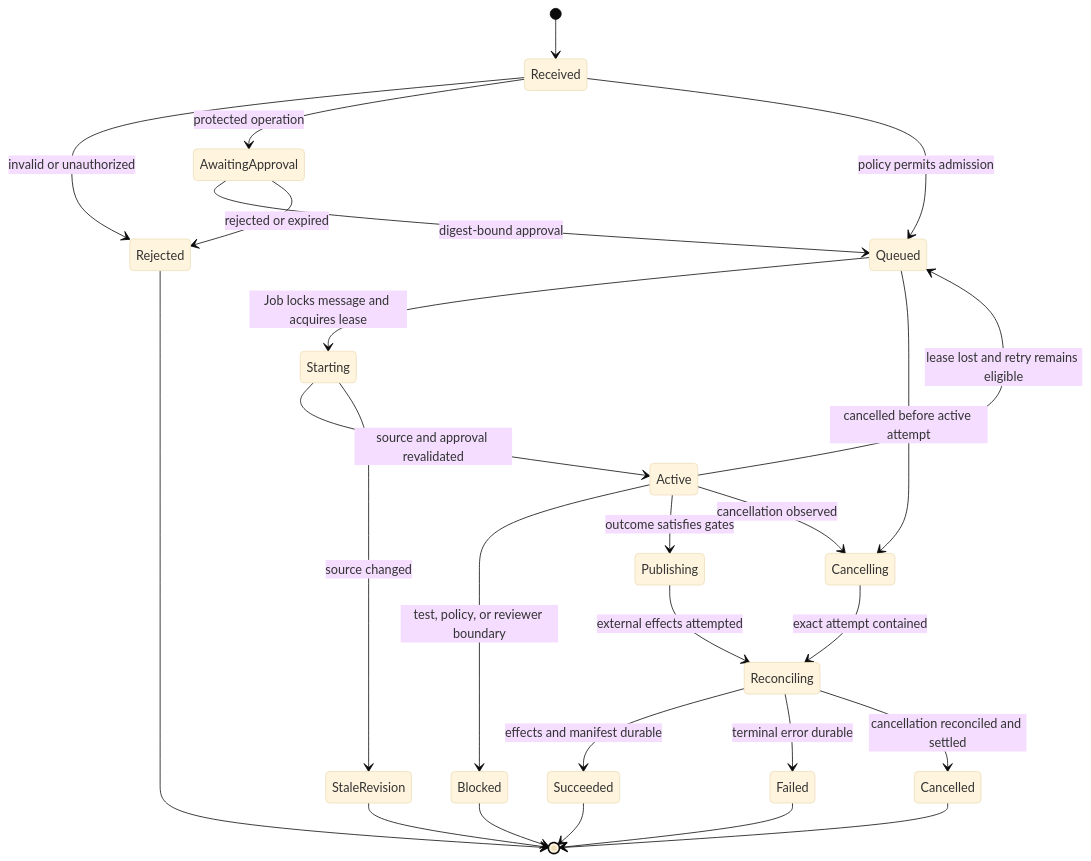
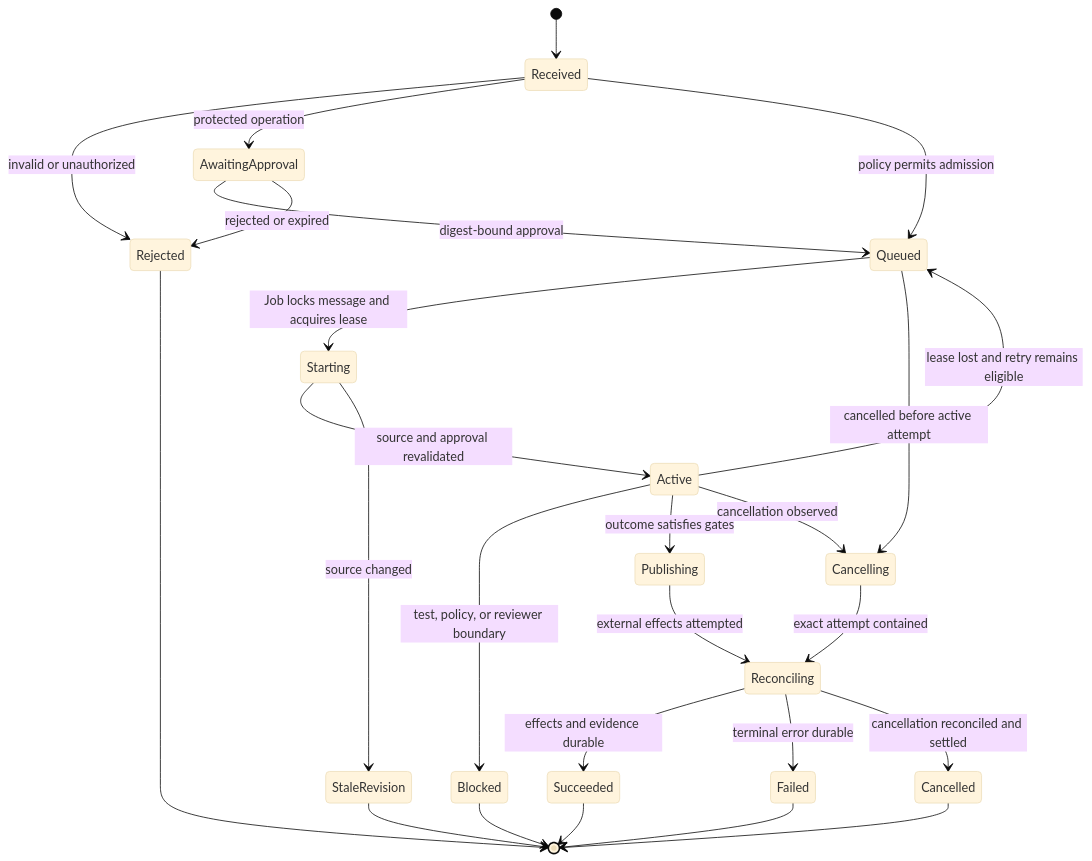
The second of 2 diagrams in README.md (bradygaster/squad-on-aks), drawn with Mermaid (base theme) before and after one commit. The commit also changed other lines of this file, not shown here.

First line of the commit message:
Simplify Squad on AKS README architecture

````diff
--- a/README.md
+++ b/README.md
@@ -422,28 +389,28 @@
 ```mermaid
 stateDiagram-v2
     [*] --> Received
     Received --> Rejected: invalid or unauthorized
     Received --> AwaitingApproval: protected operation
     AwaitingApproval --> Queued: digest-bound approval
     AwaitingApproval --> Rejected: rejected or expired
     Received --> Queued: policy permits admission
     Queued --> Starting: Job locks message and acquires lease
     Starting --> Active: source and approval revalidated
     Starting --> StaleRevision: source changed
     Active --> Blocked: test, policy, or reviewer boundary
     Active --> Publishing: outcome satisfies gates
     Active --> Cancelling: cancellation observed
     Queued --> Cancelling: cancelled before active attempt
     Publishing --> Reconciling: external effects attempted
     Cancelling --> Reconciling: exact attempt contained
-    Reconciling --> Succeeded: effects and manifest durable
+    Reconciling --> Succeeded: effects and evidence durable
     Reconciling --> Failed: terminal error durable
     Reconciling --> Cancelled: cancellation reconciled and settled
     Active --> Queued: lease lost and retry remains eligible
     Succeeded --> [*]
     Failed --> [*]
     Cancelled --> [*]
     Blocked --> [*]
     StaleRevision --> [*]
     Rejected --> [*]
 ```
````
